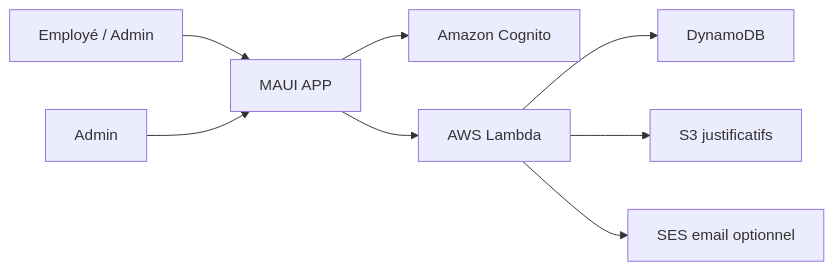
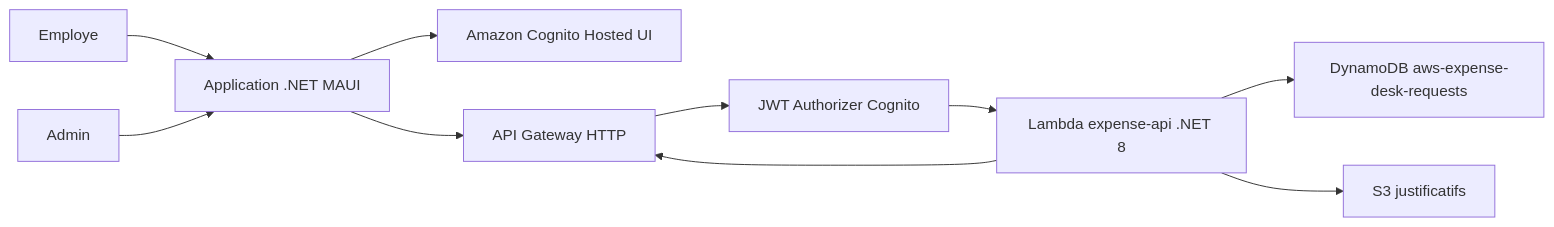
The first of 4 diagrams in stack.md (LewisTina/NotesDeFrais), drawn with Mermaid before and after one commit. The commit also changed other lines of this file and 2 other files, not shown here.

Commit message:
feat: update documentation with architecture details, authentification workflow and aws ressources

````diff
--- a/stack.md
+++ b/stack.md
@@ -1,11 +7,12 @@
 ```mermaid
 flowchart LR
-  User["Employé / Admin"] --> .NET["MAUI APP"]
-  .NET --> Cognito["Amazon Cognito"]
-  .NET --> Lambda["AWS Lambda"]
-  Lambda --> Dynamo["DynamoDB"]
+  Employee["Employe"] --> Maui["Application .NET MAUI"]
+  Admin["Admin"] --> Maui
+  Maui --> Cognito["Amazon Cognito Hosted UI"]
+  Maui --> ApiGateway["API Gateway HTTP"]
+  ApiGateway --> Authorizer["JWT Authorizer Cognito"]
+  Authorizer --> Lambda["Lambda expense-api .NET 8"]
+  Lambda --> DynamoDB["DynamoDB aws-expense-desk-requests"]
   Lambda --> S3["S3 justificatifs"]
-  Lambda --> SES["SES email optionnel"]
-  Admin["Admin"] --> .NET
-
+  Lambda --> ApiGateway
 ```
````
